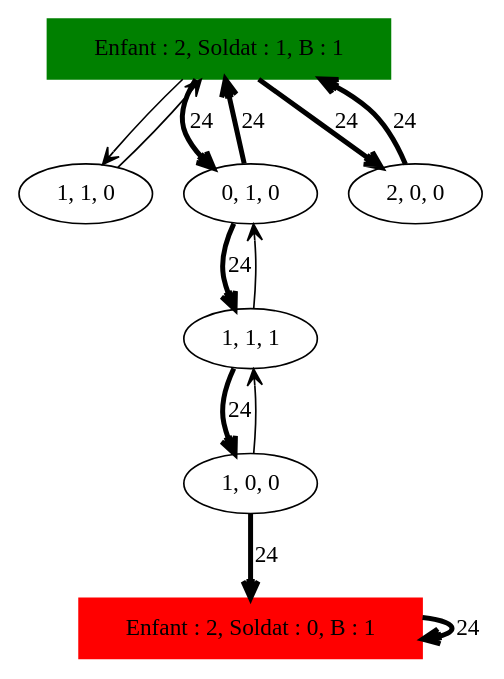
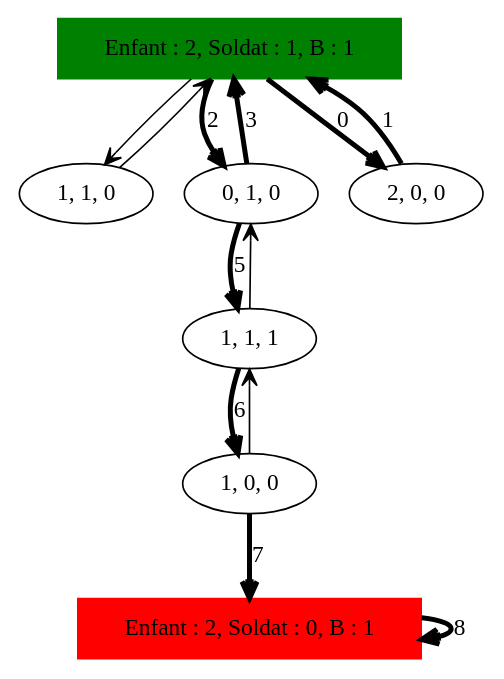
One commit to samsoucoupe/concept-a-ia changed the diagram in Concept_IA_Ben_dhiab_Roblin/DOT/Soldat/Soldat_Sol_24.dot. Above: the diagram before and after it, drawn with Graphviz. The commit also changed 251 other files, not shown here.

```diff
--- a/Concept_IA_Ben_dhiab_Roblin/DOT/Soldat/Soldat_Sol_24.dot
+++ b/Concept_IA_Ben_dhiab_Roblin/DOT/Soldat/Soldat_Sol_24.dot
@@ -1,16 +1,16 @@
 digraph Soldat_Sol_ {
 	initial [label="Enfant : 2, Soldat : 1, B : 1" color=green shape=box style=filled]
 	final [label="Enfant : 2, Soldat : 0, B : 1" color=red shape=box style=filled]
 	initial -> "1, 1, 0" [arrowhead=open]
-	initial -> "0, 1, 0" [label=24 arrowhead=open penwidth=3]
-	initial -> "2, 0, 0" [label=24 arrowhead=open penwidth=3]
-	"2, 0, 0" -> initial [label=24 arrowhead=open penwidth=3]
-	"0, 1, 0" -> "1, 1, 1" [label=24 arrowhead=open penwidth=3]
-	"0, 1, 0" -> initial [label=24 arrowhead=open penwidth=3]
+	initial -> "0, 1, 0" [label=2 arrowhead=open penwidth=3]
+	initial -> "2, 0, 0" [label=0 arrowhead=open penwidth=3]
+	"2, 0, 0" -> initial [label=1 arrowhead=open penwidth=3]
+	"0, 1, 0" -> "1, 1, 1" [label=5 arrowhead=open penwidth=3]
+	"0, 1, 0" -> initial [label=3 arrowhead=open penwidth=3]
 	"1, 1, 1" -> "0, 1, 0" [arrowhead=open]
-	"1, 1, 1" -> "1, 0, 0" [label=24 arrowhead=open penwidth=3]
-	"1, 0, 0" -> final [label=24 arrowhead=open penwidth=3]
+	"1, 1, 1" -> "1, 0, 0" [label=6 arrowhead=open penwidth=3]
+	"1, 0, 0" -> final [label=7 arrowhead=open penwidth=3]
 	"1, 0, 0" -> "1, 1, 1" [arrowhead=open]
-	final -> final [label=24 arrowhead=open penwidth=3]
+	final -> final [label=8 arrowhead=open penwidth=3]
 	"1, 1, 0" -> initial [arrowhead=open]
 }
```
